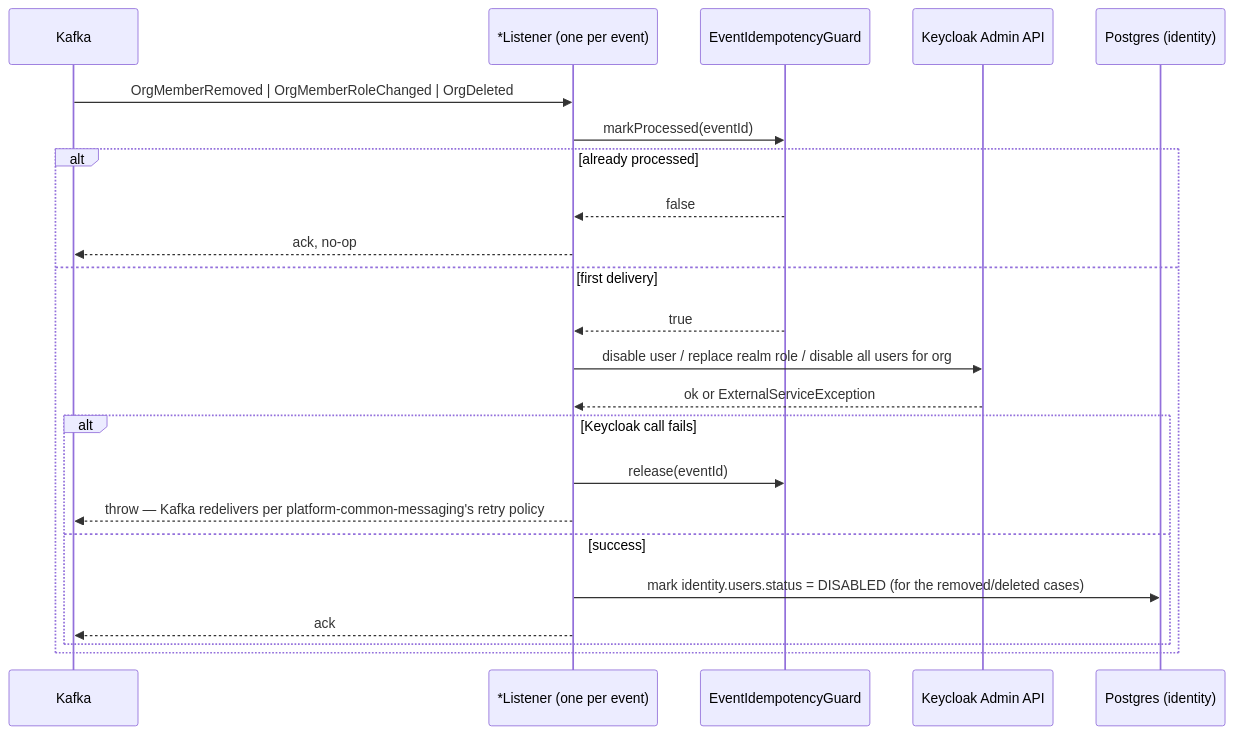
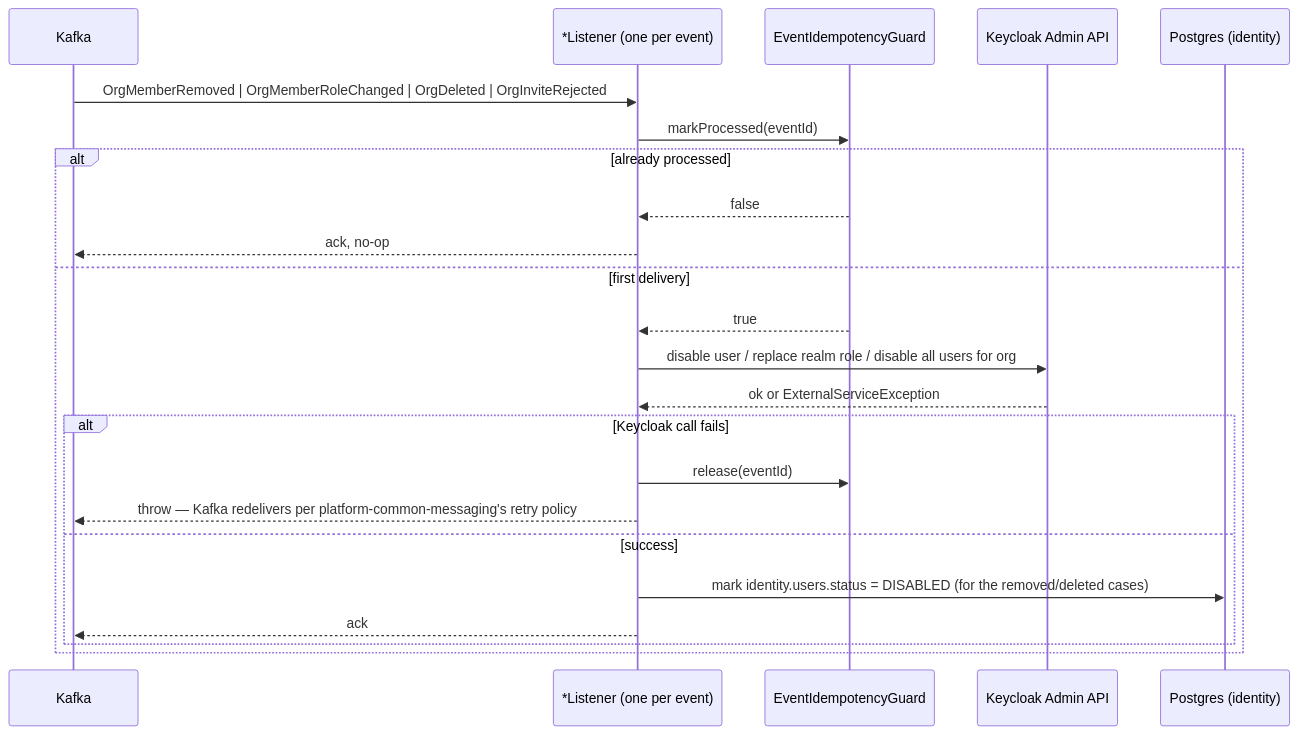
The seventh of 8 diagrams in docs/identity-service/ARCHITECTURE.md (Wamitinewton/Pallet.io), drawn with Mermaid before and after one commit. The commit also changed other lines of this file and 240 other files, not shown here.

````diff
--- a/docs/identity-service/ARCHITECTURE.md
+++ b/docs/identity-service/ARCHITECTURE.md
@@ -663,26 +667,26 @@
 ```mermaid
 sequenceDiagram
     participant K as Kafka
     participant L as *Listener (one per event)
     participant G as EventIdempotencyGuard
     participant KC as Keycloak Admin API
     participant DB as Postgres (identity)
 
-    K->>L: OrgMemberRemoved | OrgMemberRoleChanged | OrgDeleted
+    K->>L: OrgMemberRemoved | OrgMemberRoleChanged | OrgDeleted | OrgInviteRejected
     L->>G: markProcessed(eventId)
     alt already processed
         G-->>L: false
         L-->>K: ack, no-op
     else first delivery
         G-->>L: true
         L->>KC: disable user / replace realm role / disable all users for org
         KC-->>L: ok or ExternalServiceException
         alt Keycloak call fails
             L->>G: release(eventId)
             L-->>K: throw — Kafka redelivers per platform-common-messaging's retry policy
         else success
             L->>DB: mark identity.users.status = DISABLED (for the removed/deleted cases)
             L-->>K: ack
         end
     end
 ```
````
